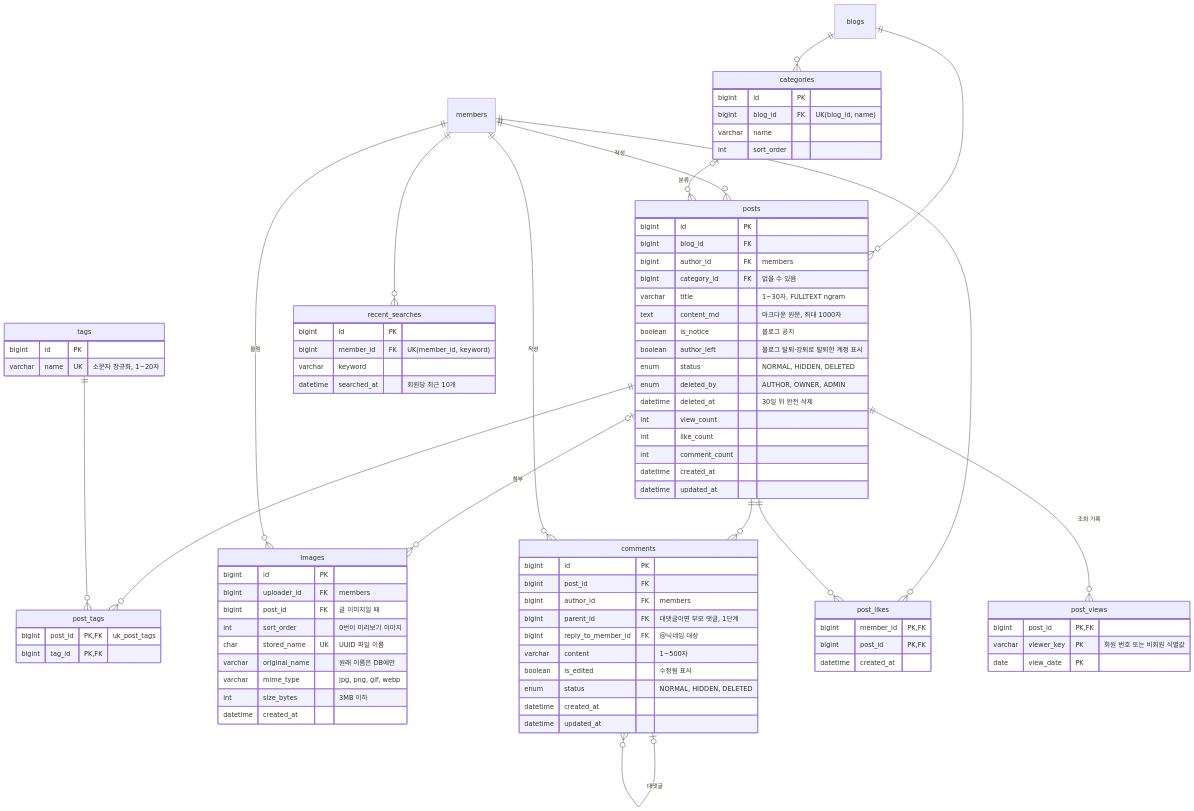
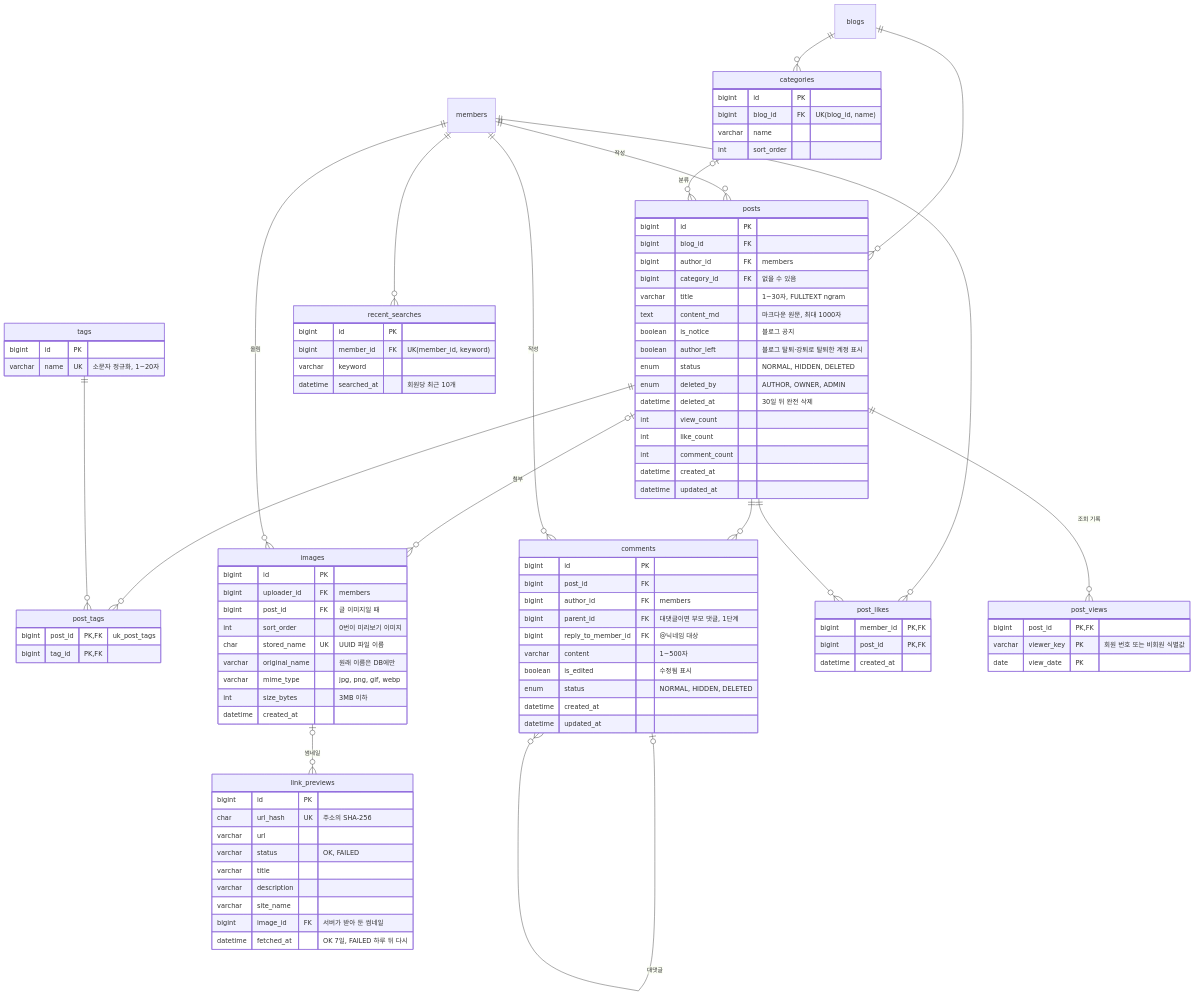
Before and after one commit to blogNM/blogproject: the fourth of 6 diagrams in docs/04-design/ERD.md, drawn with Mermaid. The commit also changed other lines of this file and 19 other files, not shown here.

````diff
--- a/docs/04-design/ERD.md
+++ b/docs/04-design/ERD.md
@@ -323,6 +323,17 @@
         varchar keyword
         datetime searched_at "회원당 최근 10개"
     }
+    link_previews {
+        bigint id PK
+        char url_hash UK "주소의 SHA-256"
+        varchar url
+        varchar status "OK, FAILED"
+        varchar title
+        varchar description
+        varchar site_name
+        bigint image_id FK "서버가 받아 둔 썸네일"
+        datetime fetched_at "OK 7일, FAILED 하루 뒤 다시"
+    }
 
     blogs ||--o{ categories : ""
     blogs ||--o{ posts : ""
@@ -339,4 +350,5 @@
     posts ||--o{ post_likes : ""
     posts ||--o{ post_views : "조회 기록"
     members ||--o{ recent_searches : ""
+    images |o--o{ link_previews : "썸네일"
 ```
````
